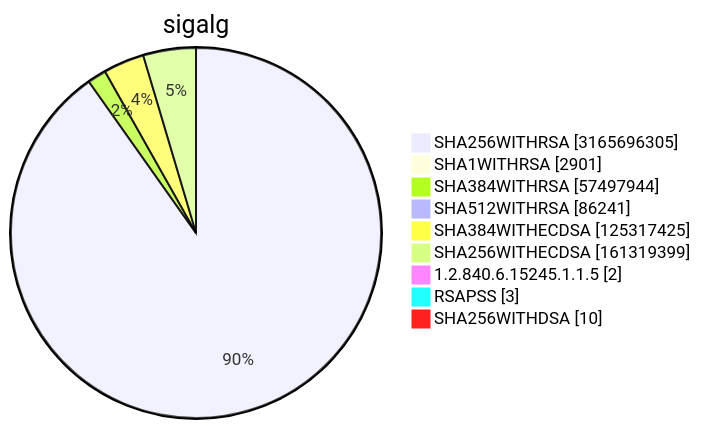
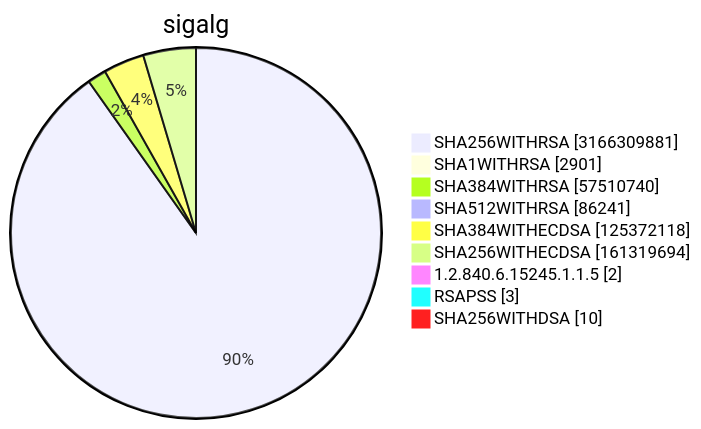
Before and after one commit to christiankrug/ctmonitor_visualization: diagram 15 of 15 in TOTAL/README.md, drawn with Mermaid. The commit also changed other lines of this file, not shown here.

````diff
--- a/TOTAL/README.md
+++ b/TOTAL/README.md
@@ -6215,13 +6215,13 @@
 ```mermaid
 pie showData
 title sigalg
-"SHA256WITHRSA" :3165696305
+"SHA256WITHRSA" :3166309881
 "SHA1WITHRSA" :2901
-"SHA384WITHRSA" :57497944
+"SHA384WITHRSA" :57510740
 "SHA512WITHRSA" :86241
-"SHA384WITHECDSA" :125317425
-"SHA256WITHECDSA" :161319399
+"SHA384WITHECDSA" :125372118
+"SHA256WITHECDSA" :161319694
 "1.2.840.6.15245.1.1.5" :2
 "RSAPSS" :3
 "SHA256WITHDSA" :10
 ```
````
